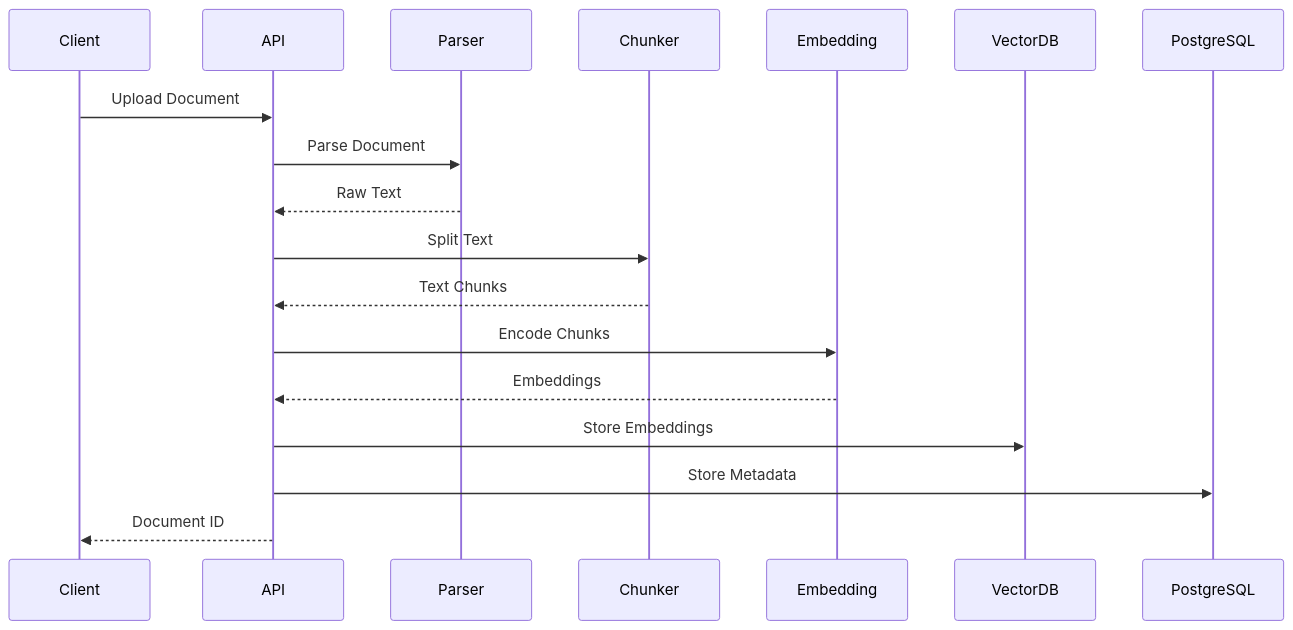
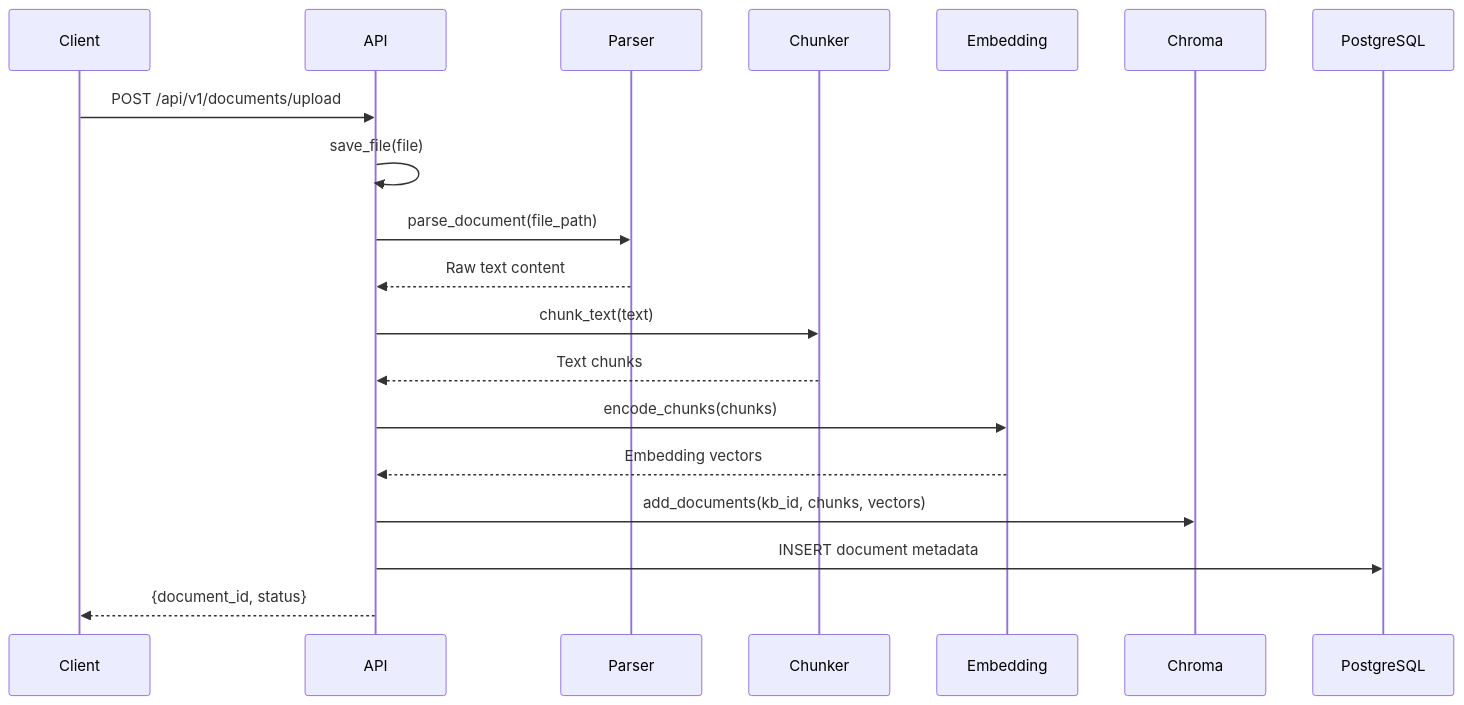
One commit to gaosanliukoushui/smart_rag changed the fifth of 6 diagrams in docs/architecture.md. Above: the diagram before and after it, drawn with Mermaid. The commit also changed other lines of this file and 62 other files, not shown here.

````diff
--- a/docs/architecture.md
+++ b/docs/architecture.md
@@ -102,21 +189,22 @@
 ```mermaid
 sequenceDiagram
     participant Client
     participant API
     participant Parser
     participant Chunker
     participant Embedding
-    participant VectorDB
+    participant Chroma
     participant PostgreSQL
 
-    Client->>API: Upload Document
-    API->>Parser: Parse Document
-    Parser-->>API: Raw Text
-    API->>Chunker: Split Text
-    Chunker-->>API: Text Chunks
-    API->>Embedding: Encode Chunks
-    Embedding-->>API: Embeddings
-    API->>VectorDB: Store Embeddings
-    API->>PostgreSQL: Store Metadata
-    API-->>Client: Document ID
+    Client->>API: POST /api/v1/documents/upload
+    API->>API: save_file(file)
+    API->>Parser: parse_document(file_path)
+    Parser-->>API: Raw text content
+    API->>Chunker: chunk_text(text)
+    Chunker-->>API: Text chunks
+    API->>Embedding: encode_chunks(chunks)
+    Embedding-->>API: Embedding vectors
+    API->>Chroma: add_documents(kb_id, chunks, vectors)
+    API->>PostgreSQL: INSERT document metadata
+    API-->>Client: {document_id, status}
 ```
````
